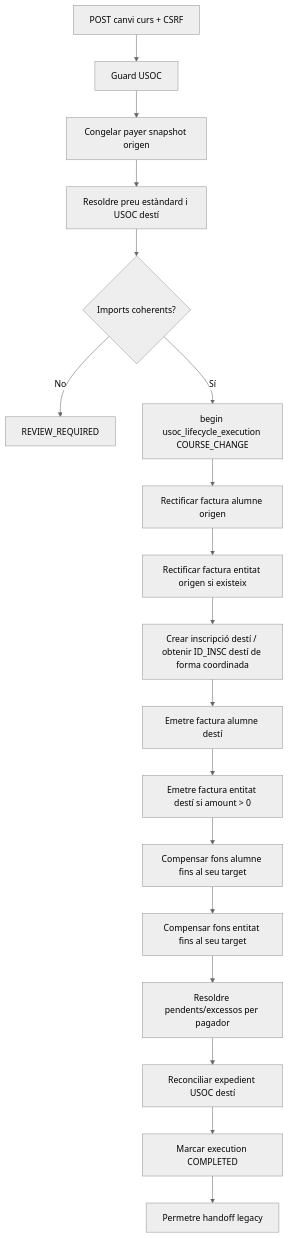
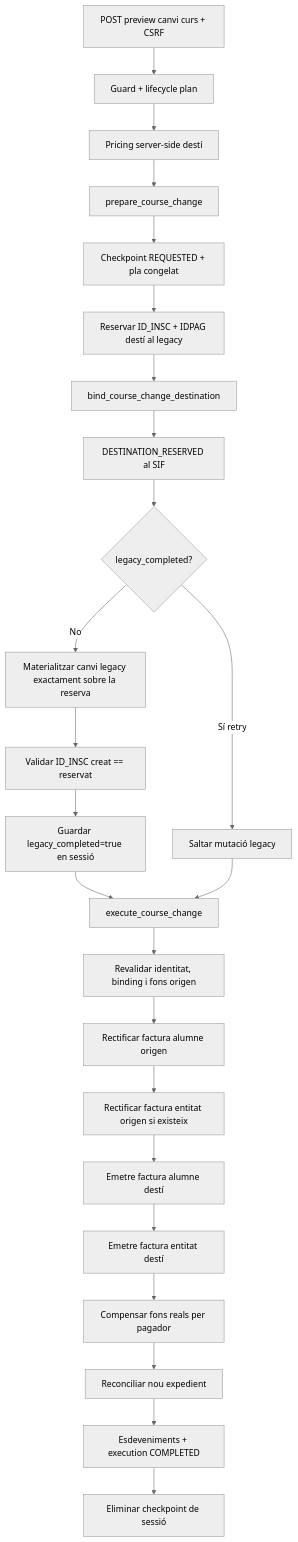
The diagram in documentacio/07-uml-integrat/uc-013-canvi-curs-usoc-contracte-final.md (orgmeriemprismacat-del/verifactu), drawn with Mermaid (neutral theme) before and after one commit. The commit also changed other lines of this file and 5 other files, not shown here.

Commit message:
docs(UC-013): reconciliar estat amb executor i handoff implementats

````diff
--- a/documentacio/07-uml-integrat/uc-013-canvi-curs-usoc-contracte-final.md
+++ b/documentacio/07-uml-integrat/uc-013-canvi-curs-usoc-contracte-final.md
@@ -266,20 +268,26 @@
 ```mermaid
 flowchart TD
-    A[POST canvi curs + CSRF] --> B[Guard USOC]
-    B --> C[Congelar payer snapshot origen]
-    C --> D[Resoldre preu estàndard i USOC destí]
-    D --> E{Imports coherents?}
-    E -- No --> R[REVIEW_REQUIRED]
-    E -- Sí --> F[begin usoc_lifecycle_execution COURSE_CHANGE]
-    F --> G[Rectificar factura alumne origen]
-    G --> H[Rectificar factura entitat origen si existeix]
-    H --> I[Crear inscripció destí / obtenir ID_INSC destí de forma coordinada]
-    I --> J[Emetre factura alumne destí]
-    J --> K[Emetre factura entitat destí si amount > 0]
-    K --> L[Compensar fons alumne fins al seu target]
-    L --> M[Compensar fons entitat fins al seu target]
-    M --> N[Resoldre pendents/excessos per pagador]
-    N --> O[Reconciliar expedient USOC destí]
-    O --> P[Marcar execution COMPLETED]
-    P --> Q[Permetre handoff legacy]
+    A[POST preview canvi curs + CSRF] --> B[Guard + lifecycle plan]
+    B --> C[Pricing server-side destí]
+    C --> D[prepare_course_change]
+    D --> E[Checkpoint REQUESTED + pla congelat]
+    E --> F[Reservar ID_INSC + IDPAG destí al legacy]
+    F --> G[bind_course_change_destination]
+    G --> H[DESTINATION_RESERVED al SIF]
+    H --> I{legacy_completed?}
+    I -- No --> J[Materialitzar canvi legacy exactament sobre la reserva]
+    J --> K[Validar ID_INSC creat == reservat]
+    K --> L[Guardar legacy_completed=true en sessió]
+    I -- Sí retry --> M[Saltar mutació legacy]
+    L --> N[execute_course_change]
+    M --> N
+    N --> O[Revalidar identitat, binding i fons origen]
+    O --> P[Rectificar factura alumne origen]
+    P --> Q[Rectificar factura entitat origen si existeix]
+    Q --> R[Emetre factura alumne destí]
+    R --> S[Emetre factura entitat destí]
+    S --> T[Compensar fons reals per pagador]
+    T --> U[Reconciliar nou expedient]
+    U --> V[Esdeveniments + execution COMPLETED]
+    V --> W[Eliminar checkpoint de sessió]
 ```
````
